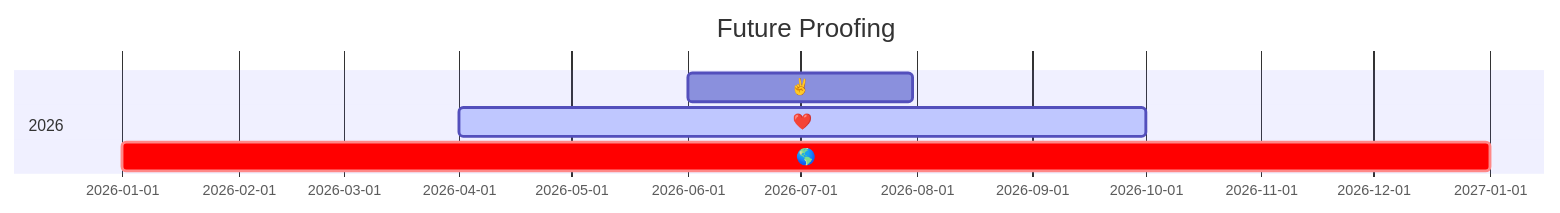
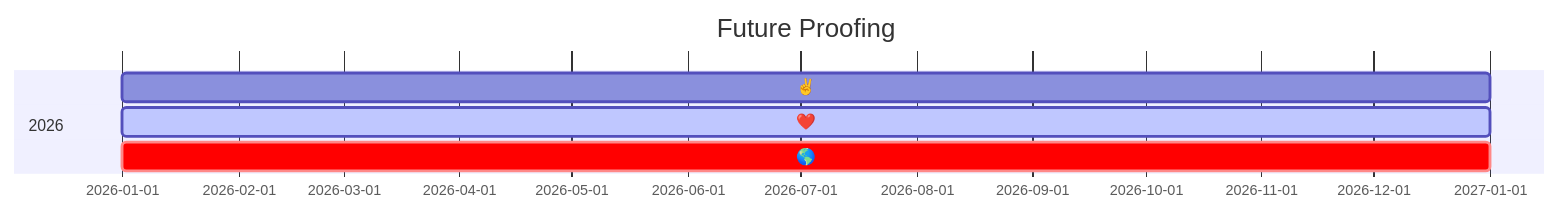
Before and after one commit to random-knights/.github: the diagram in profile/README.md, drawn with Mermaid. The commit also changed other lines of this file, not shown here.

Commit message:
Update README.md (#36)
* Update README.md

* [FIX] Sync the org profile STANDARD table to K13 2.1.0 (#36)

The standard-versions drift check was red on this branch: profile/README.md
still carried K13 v2.0.0 while spec/v2/standard-versions.json in the standard
repo publishes 2.1.0. Ran the repo's own
scripts/sync-standard-versions.mjs --write on profile/README.md, which
rewrote exactly the one version cell between the STANDARD markers. The gantt
edit already on this branch is untouched.

---------

````diff
--- a/profile/README.md
+++ b/profile/README.md
@@ -95,9 +95,9 @@
 ```mermaid
 gantt
 title Future Proofing
 dateFormat YYYY-MM
 section 2026
-✌️ :a1, 2026-06, 60d
-❤️ :active, a1, 2026-04, 183d
+✌️ :a1, 2026-01, 365d
+❤️ :active, a1, 2026-01, 365d
 🌎 :crit, a1, 2026-01, 365d
 ```
````
